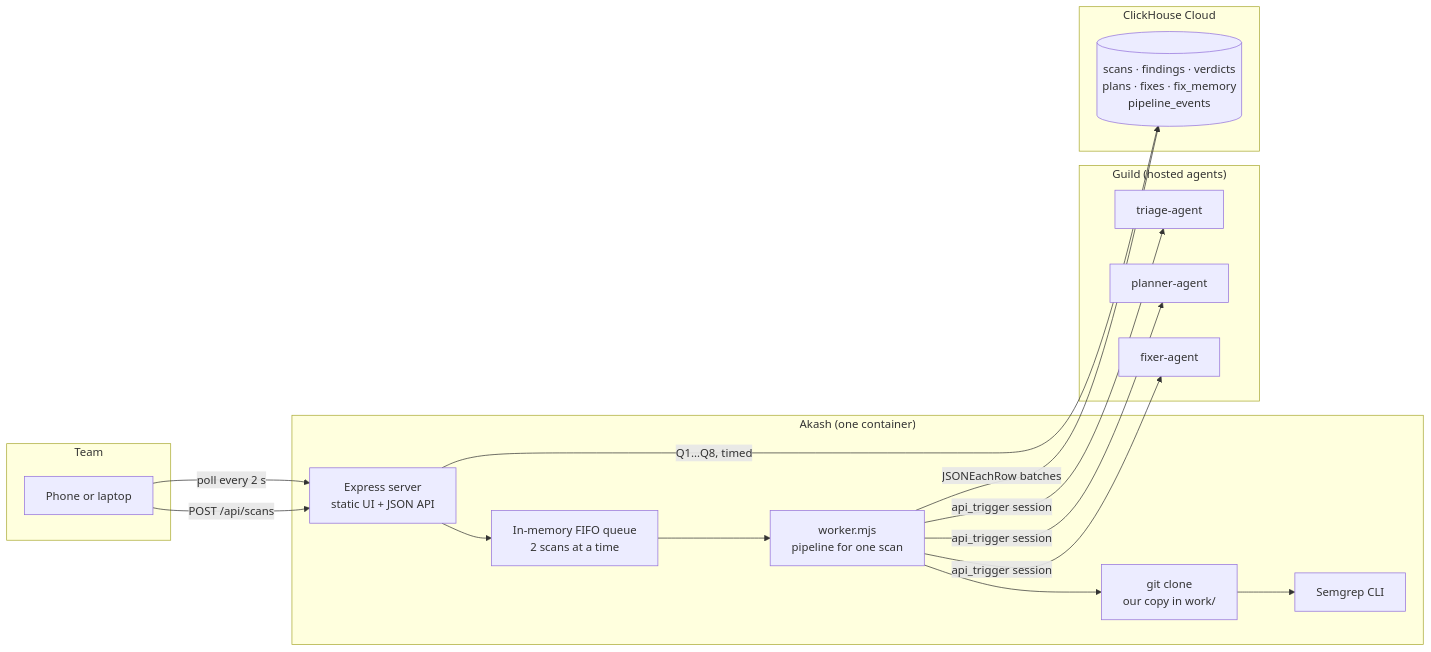
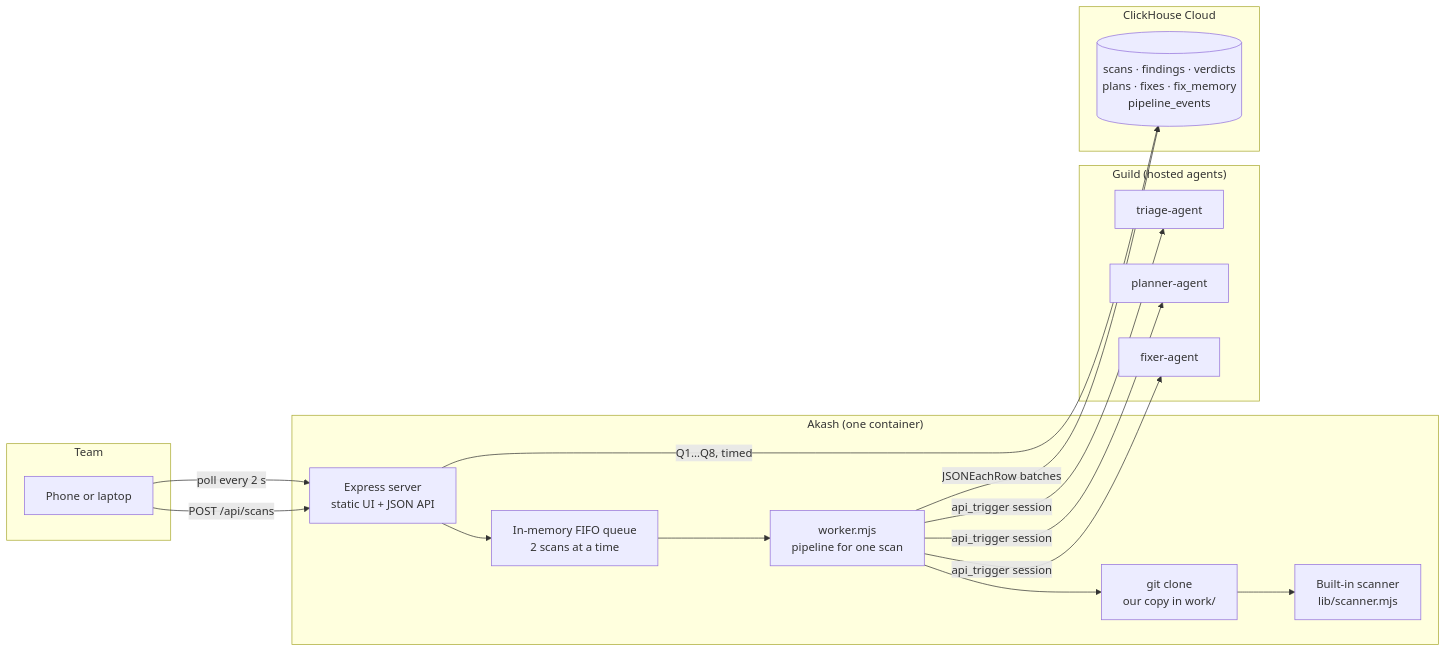
One commit to techadnank9/patchwork changed the first of 5 diagrams in README.md. Above: the diagram before and after it, drawn with Mermaid. The commit also changed other lines of this file and 24 other files, not shown here.

First line of the commit message:
Remove Semgrep; replace it with a built-in pattern scanner

````diff
--- a/README.md
+++ b/README.md
@@ -44,31 +44,31 @@
 ```mermaid
 flowchart LR
     subgraph Team
         P["Phone or laptop"]
     end
     subgraph Akash["Akash (one container)"]
         S["Express server<br/>static UI + JSON API"]
         Q["In-memory FIFO queue<br/>2 scans at a time"]
         W["worker.mjs<br/>pipeline for one scan"]
-        SG["Semgrep CLI"]
+        SG["Built-in scanner<br/>lib/scanner.mjs"]
         G["git clone<br/>our copy in work/"]
     end
     subgraph Guild["Guild (hosted agents)"]
         T["triage-agent"]
         PL["planner-agent"]
         F["fixer-agent"]
     end
     subgraph CH["ClickHouse Cloud"]
         D[("scans · findings · verdicts<br/>plans · fixes · fix_memory<br/>pipeline_events")]
     end
 
     P -- "POST /api/scans" --> S
     S --> Q --> W
     W --> G --> SG
     W -- "api_trigger session" --> T
     W -- "api_trigger session" --> PL
     W -- "api_trigger session" --> F
     W -- "JSONEachRow batches" --> D
     S -- "Q1…Q8, timed" --> D
     P -- "poll every 2 s" --> S
 ```
````
